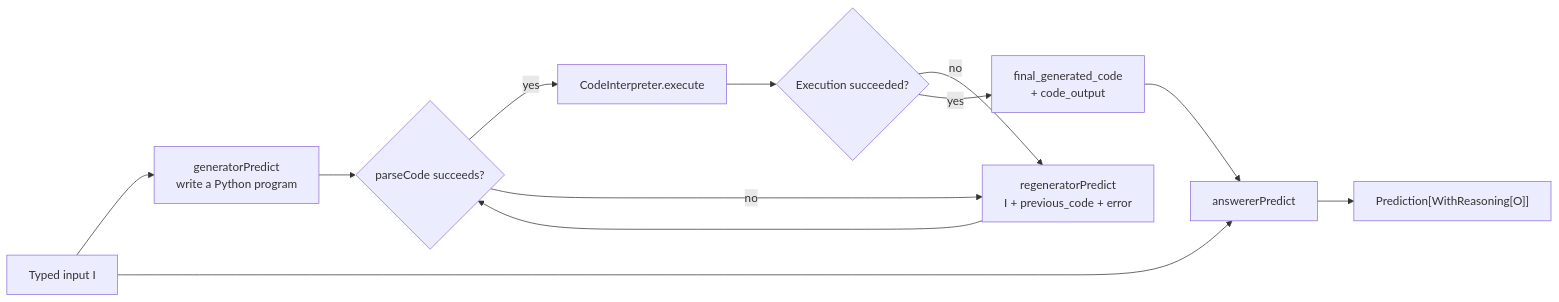
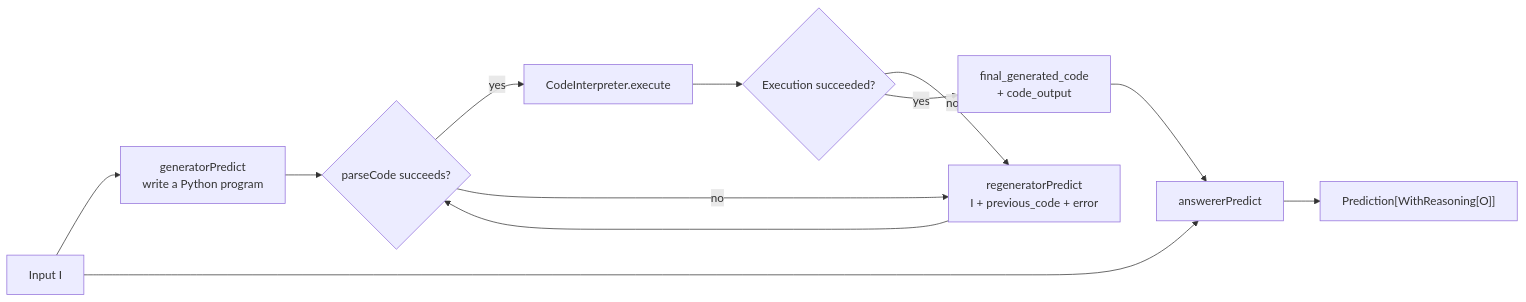
The first of 5 diagrams in modules/programs/src/main/scala/dspy4s/programs/strategies/ProgramOfThought.md (jpablo/dspy4s), drawn with Mermaid before and after one commit. The commit also changed other lines of this file and 218 other files, not shown here.

````diff
--- a/modules/programs/src/main/scala/dspy4s/programs/strategies/ProgramOfThought.md
+++ b/modules/programs/src/main/scala/dspy4s/programs/strategies/ProgramOfThought.md
@@ -9,16 +9,16 @@
 ```mermaid
 flowchart LR
-    input["Typed input I"] --> generate["generatorPredict<br/>write a Python program"]
+    input["Input I"] --> generate["generatorPredict<br/>write a Python program"]
     generate --> parse{"parseCode succeeds?"}
     parse -->|"yes"| execute["CodeInterpreter.execute"]
     parse -->|"no"| repair["regeneratorPredict<br/>I + previous_code + error"]
     execute --> outcome{"Execution succeeded?"}
 
     outcome -->|"no"| repair
     repair --> parse
 
     outcome -->|"yes"| evidence["final_generated_code<br/>+ code_output"]
     input --> answer["answererPredict"]
     evidence --> answer
     answer --> result["Prediction[WithReasoning[O]]"]
 ```
````
